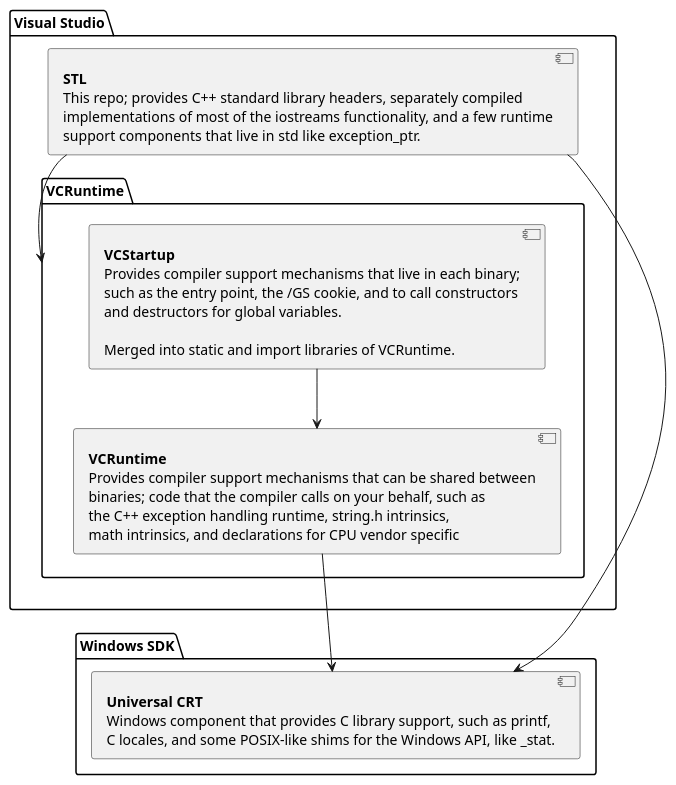
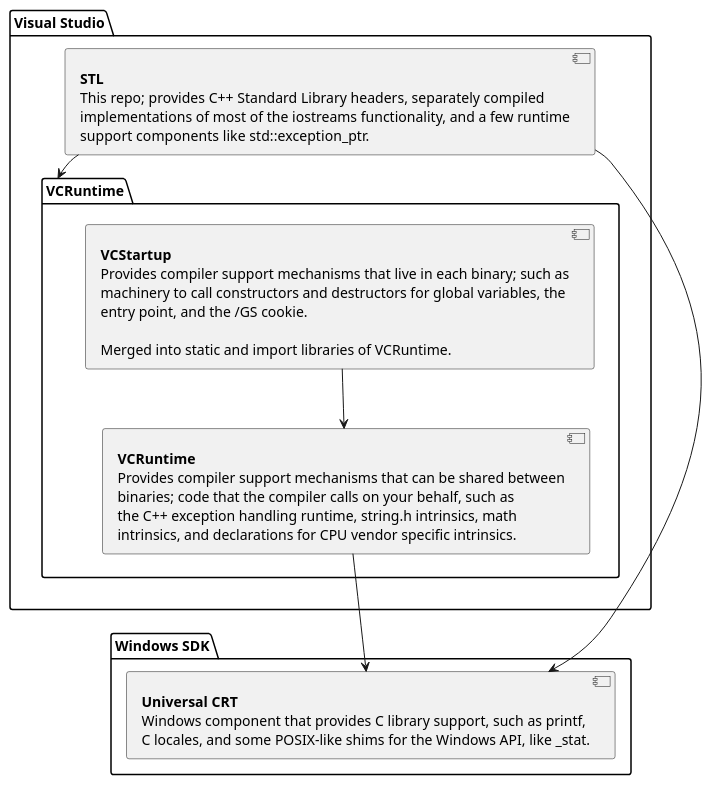
Before and after one commit to microsoft/STL: the diagram in doc/msvc_libraries.plantuml, drawn with PlantUML. The commit also changed other lines of this file and 2 other files, not shown here.

Commit message:
CR feedback on the block diagram.

```diff
--- a/doc/msvc_libraries.plantuml
+++ b/doc/msvc_libraries.plantuml
@@ -1,46 +5,46 @@
-@startuml MSVC Library Layer Diagram
+@startuml MSVC Library Block Diagram
 
 package "Visual Studio" {
 
     component STL [
         <b>STL</b>
-        This repo; provides C++ standard library headers, separately compiled
+        This repo; provides C++ Standard Library headers, separately compiled
         implementations of most of the iostreams functionality, and a few runtime
-        support components that live in std like exception_ptr.
+        support components like std::exception_ptr.
     ]
 
     package VCRuntime as VCRuntimePackage {
         component VCStartup [
         <b>VCStartup</b>
-        Provides compiler support mechanisms that live in each binary;
-        such as the entry point, the /GS cookie, and to call constructors
-        and destructors for global variables.
+        Provides compiler support mechanisms that live in each binary; such as
+        machinery to call constructors and destructors for global variables, the
+        entry point, and the /GS cookie.
 
         Merged into static and import libraries of VCRuntime.
         ]
 
         component VCRuntime [
         <b>VCRuntime</b>
         Provides compiler support mechanisms that can be shared between
         binaries; code that the compiler calls on your behalf, such as
-        the C++ exception handling runtime, string.h intrinsics,
-        math intrinsics, and declarations for CPU vendor specific
+        the C++ exception handling runtime, string.h intrinsics, math
+        intrinsics, and declarations for CPU vendor specific intrinsics.
         ]
 
         [VCStartup] --> [VCRuntime]
     }
 }
 
 package "Windows SDK" {
     component UCRT [
         <b>Universal CRT</b>
         Windows component that provides C library support, such as printf,
         C locales, and some POSIX-like shims for the Windows API, like _stat.
     ]
 }
 
 STL --> UCRT
 STL --> VCRuntimePackage
 VCRuntime --> UCRT
 
 @enduml
```
